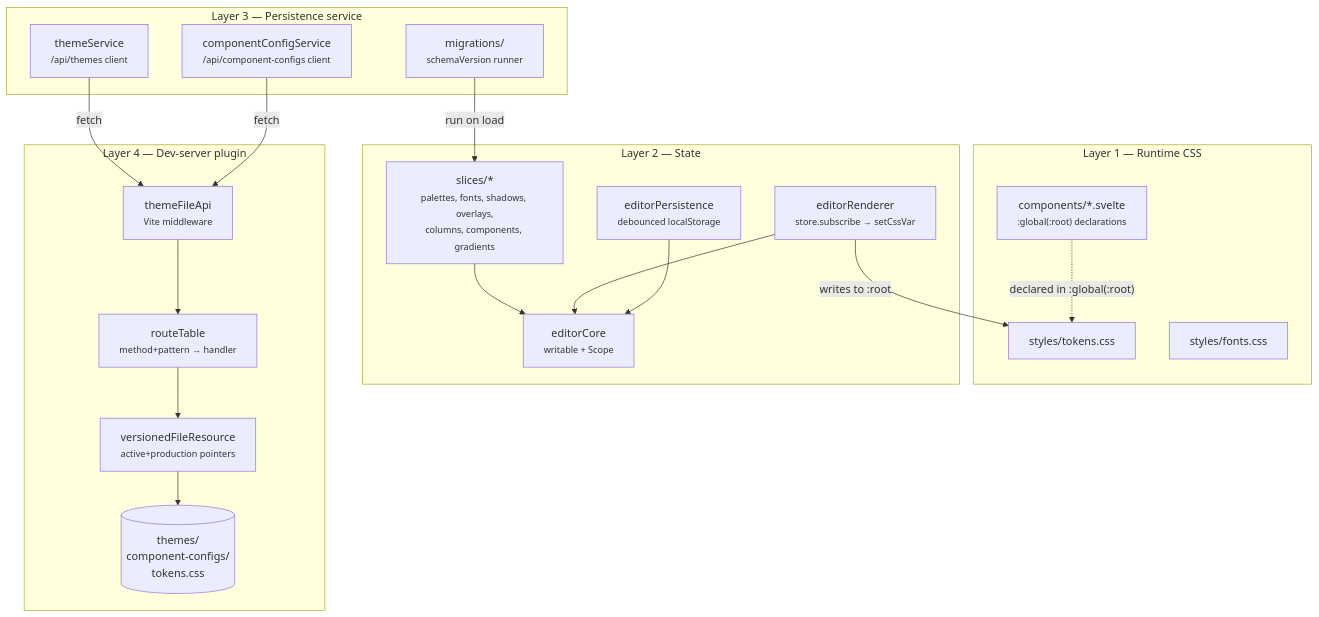
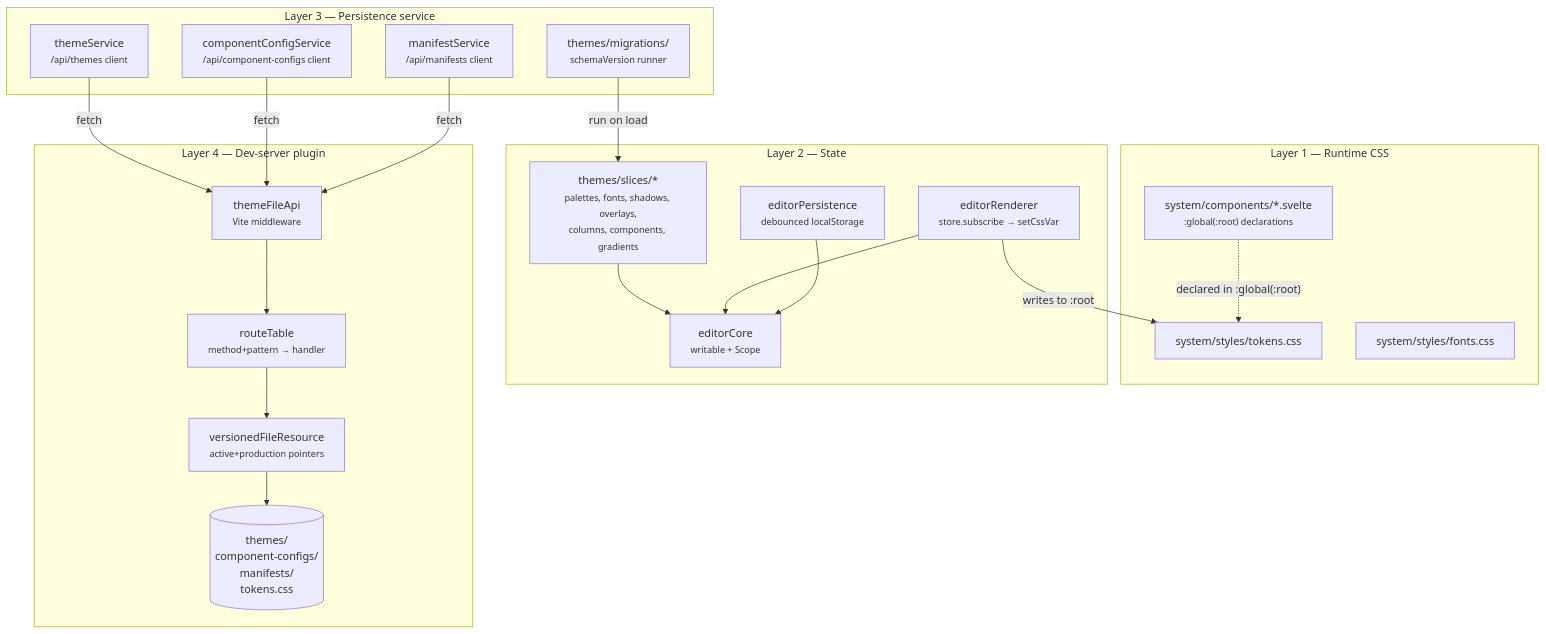
One commit to motionproto/live-tokens changed the first of 6 diagrams in docs/02-architecture.md. Above: the diagram before and after it, drawn with Mermaid. The commit also changed other lines of this file and 11 other files, not shown here.

````diff
--- a/docs/02-architecture.md
+++ b/docs/02-architecture.md
@@ -8,38 +8,40 @@
 ```mermaid
 flowchart TB
     subgraph L1["Layer 1 — Runtime CSS"]
-        TokensCss[styles/tokens.css]
-        FontsCss[styles/fonts.css]
-        Components["components/*.svelte<br/><small>:global(:root) declarations</small>"]
+        TokensCss[system/styles/tokens.css]
+        FontsCss[system/styles/fonts.css]
+        Components["system/components/*.svelte<br/><small>:global(:root) declarations</small>"]
     end
 
     subgraph L2["Layer 2 — State"]
         Core["editorCore<br/><small>writable + Scope</small>"]
-        Slices["slices/*<br/><small>palettes, fonts, shadows, overlays,<br/>columns, components, gradients</small>"]
+        Slices["themes/slices/*<br/><small>palettes, fonts, shadows, overlays,<br/>columns, components, gradients</small>"]
         Persist["editorPersistence<br/><small>debounced localStorage</small>"]
         Renderer["editorRenderer<br/><small>store.subscribe → setCssVar</small>"]
     end
 
     subgraph L3["Layer 3 — Persistence service"]
         ThemeSvc["themeService<br/><small>/api/themes client</small>"]
         CompSvc["componentConfigService<br/><small>/api/component-configs client</small>"]
-        Migrations["migrations/<br/><small>schemaVersion runner</small>"]
+        ManSvc["manifestService<br/><small>/api/manifests client</small>"]
+        Migrations["themes/migrations/<br/><small>schemaVersion runner</small>"]
     end
 
     subgraph L4["Layer 4 — Dev-server plugin"]
         Plugin["themeFileApi<br/><small>Vite middleware</small>"]
         Routes["routeTable<br/><small>method+pattern → handler</small>"]
         VFR["versionedFileResource<br/><small>active+production pointers</small>"]
-        FS[("themes/<br/>component-configs/<br/>tokens.css")]
+        FS[("themes/<br/>component-configs/<br/>manifests/<br/>tokens.css")]
     end
 
     Components -. declared in :global(:root) .-> TokensCss
     Slices --> Core
     Renderer --> Core
     Renderer -- writes to :root --> TokensCss
     Persist --> Core
     ThemeSvc -- fetch --> Plugin
     CompSvc -- fetch --> Plugin
+    ManSvc -- fetch --> Plugin
     Migrations -- run on load --> Slices
     Plugin --> Routes --> VFR --> FS
 ```
````
